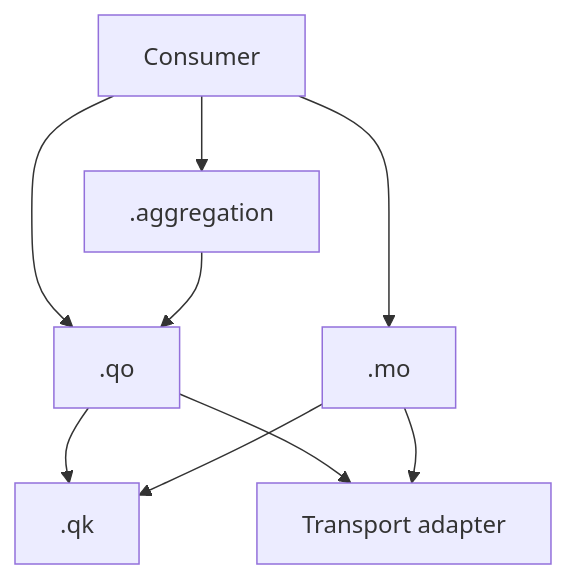
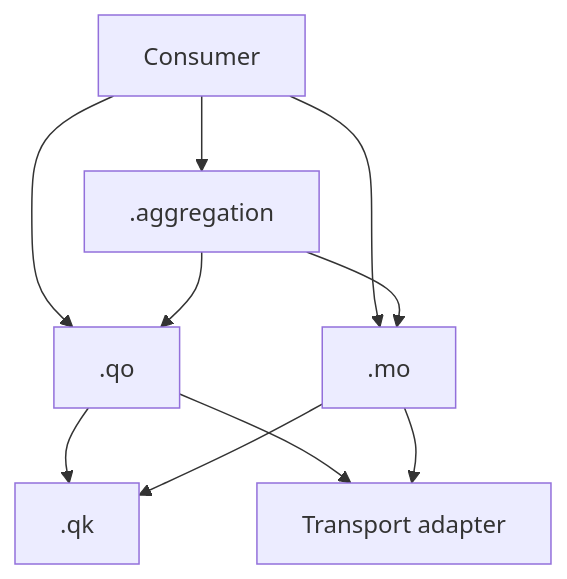
Before and after one commit to ggkguelensan/tanstack-query-kit: the diagram in SPECIFICATION.md, drawn with Mermaid. The commit also changed other lines of this file and 3 other files, not shown here.

````diff
--- a/SPECIFICATION.md
+++ b/SPECIFICATION.md
@@ -39,11 +39,12 @@
 ```mermaid
 flowchart TD
   Consumer --> QO[.qo]
   Consumer --> MO[.mo]
   Consumer --> Aggregation[.aggregation]
   Aggregation --> QO
+  Aggregation --> MO
   QO --> QK[.qk]
   MO --> QK
   QO --> Transport[Transport adapter]
   MO --> Transport
 ```
````
